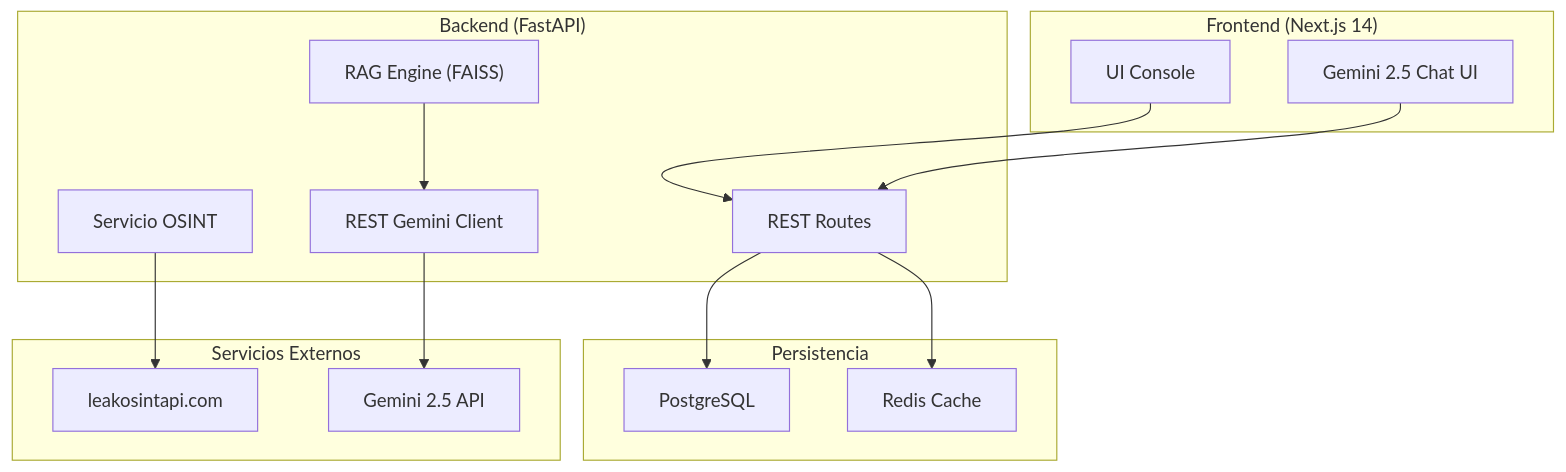
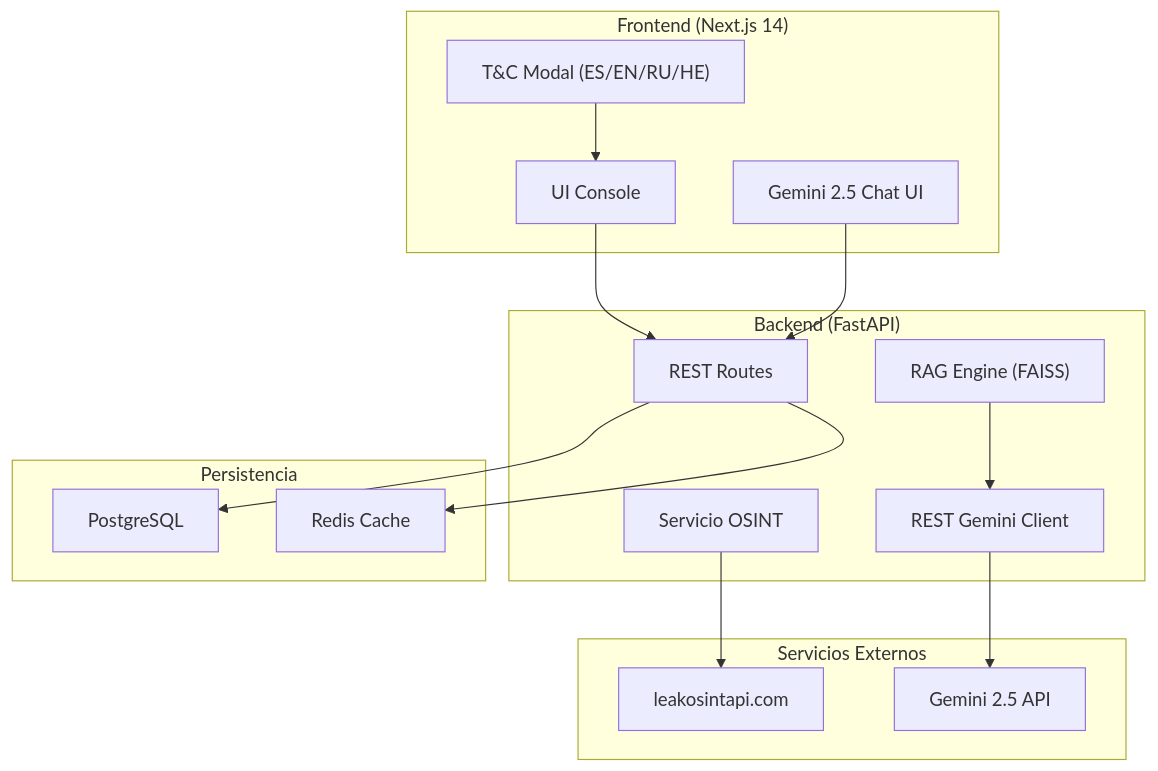
Before and after one commit to emilio-garcia-ie/LEAKGUARD: the diagram in README.md, drawn with Mermaid. The commit also changed other lines of this file, not shown here.

````diff
--- a/README.md
+++ b/README.md
@@ -76,32 +86,34 @@
 ```mermaid
 flowchart TD
     subgraph Cliente["Frontend (Next.js 14)"]
         UI["UI Console"]
         Chat["Gemini 2.5 Chat UI"]
+        TC["T&C Modal (ES/EN/RU/HE)"]
     end
 
     subgraph Servidor["Backend (FastAPI)"]
         API["REST Routes"]
         OSINT["Servicio OSINT"]
         AI["RAG Engine (FAISS)"]
         DirectGemini["REST Gemini Client"]
     end
 
     subgraph BD["Persistencia"]
         PG["PostgreSQL"]
         RD["Redis Cache"]
     end
 
     subgraph Proveedores["Servicios Externos"]
         LO["leakosintapi.com"]
         GEM["Gemini 2.5 API"]
     end
 
     UI --> API
     Chat --> API
+    TC --> UI
     API --> PG
     API --> RD
     OSINT --> LO
     AI --> DirectGemini
     DirectGemini --> GEM
 ```
````
